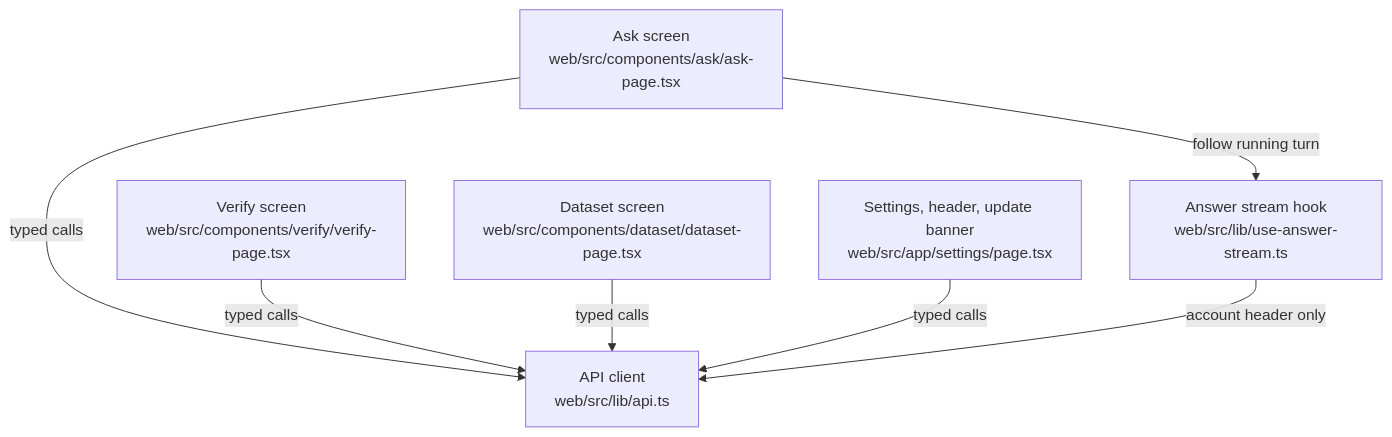
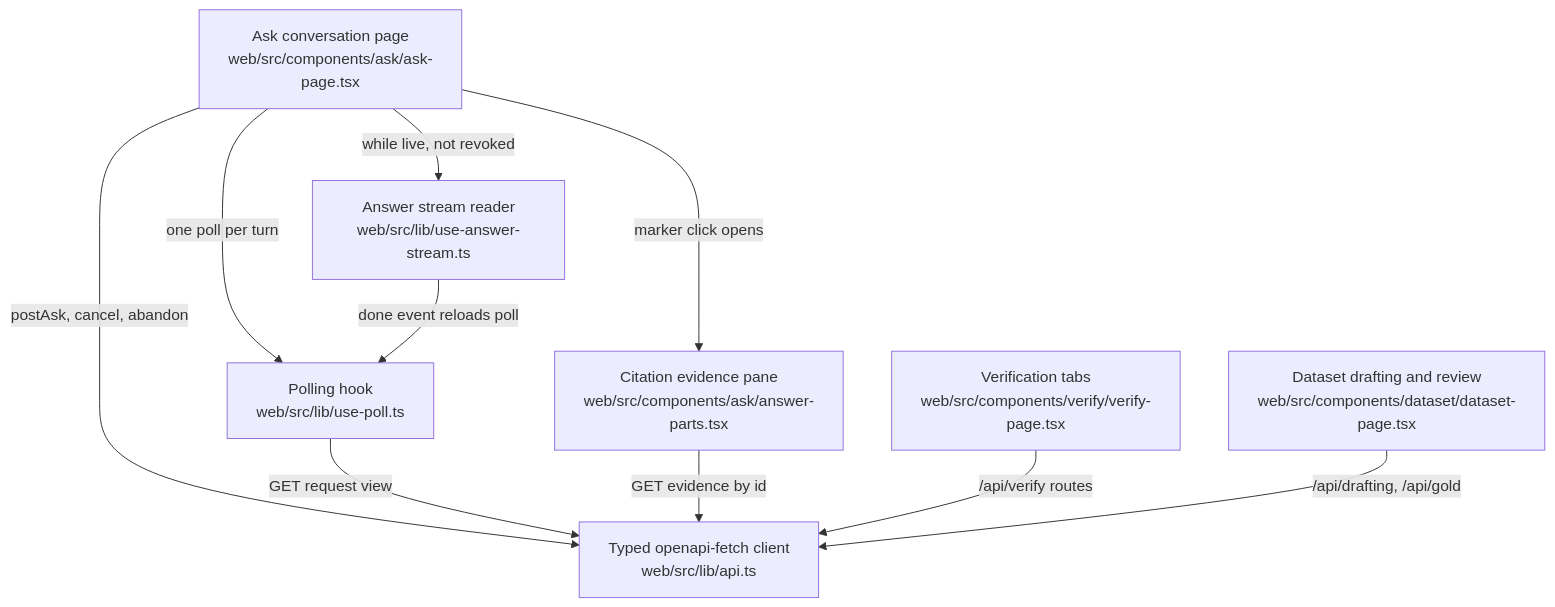
One commit to littleeeeebit/project-codeit-mid changed the diagram in .omm/overall-architecture/web-screens/diagram.mmd. Above: the diagram before and after it, drawn with Mermaid. The commit also changed 402 other files, not shown here.

```diff
--- a/.omm/overall-architecture/web-screens/diagram.mmd
+++ b/.omm/overall-architecture/web-screens/diagram.mmd
@@ -1,7 +1,17 @@
 graph TD
-  ask-page["Ask screen\nweb/src/components/ask/ask-page.tsx"] -->|"typed calls"| api-client["API client\nweb/src/lib/api.ts"]
-  ask-page -->|"follow running turn"| answer-stream["Answer stream hook\nweb/src/lib/use-answer-stream.ts"]
-  verify-page["Verify screen\nweb/src/components/verify/verify-page.tsx"] -->|"typed calls"| api-client
-  dataset-page["Dataset screen\nweb/src/components/dataset/dataset-page.tsx"] -->|"typed calls"| api-client
-  settings-and-header["Settings, header, update banner\nweb/src/app/settings/page.tsx"] -->|"typed calls"| api-client
-  answer-stream -->|"account header only"| api-client
+  ask-page["Ask conversation page\nweb/src/components/ask/ask-page.tsx"]
+  api-client["Typed openapi-fetch client\nweb/src/lib/api.ts"]
+  status-poll["Polling hook\nweb/src/lib/use-poll.ts"]
+  answer-stream["Answer stream reader\nweb/src/lib/use-answer-stream.ts"]
+  evidence-pane["Citation evidence pane\nweb/src/components/ask/answer-parts.tsx"]
+  verify-page["Verification tabs\nweb/src/components/verify/verify-page.tsx"]
+  dataset-page["Dataset drafting and review\nweb/src/components/dataset/dataset-page.tsx"]
+  ask-page -->|"postAsk, cancel, abandon"| api-client
+  ask-page -->|"one poll per turn"| status-poll
+  status-poll -->|"GET request view"| api-client
+  ask-page -->|"while live, not revoked"| answer-stream
+  answer-stream -->|"done event reloads poll"| status-poll
+  ask-page -->|"marker click opens"| evidence-pane
+  evidence-pane -->|"GET evidence by id"| api-client
+  verify-page -->|"/api/verify routes"| api-client
+  dataset-page -->|"/api/drafting, /api/gold"| api-client
```
